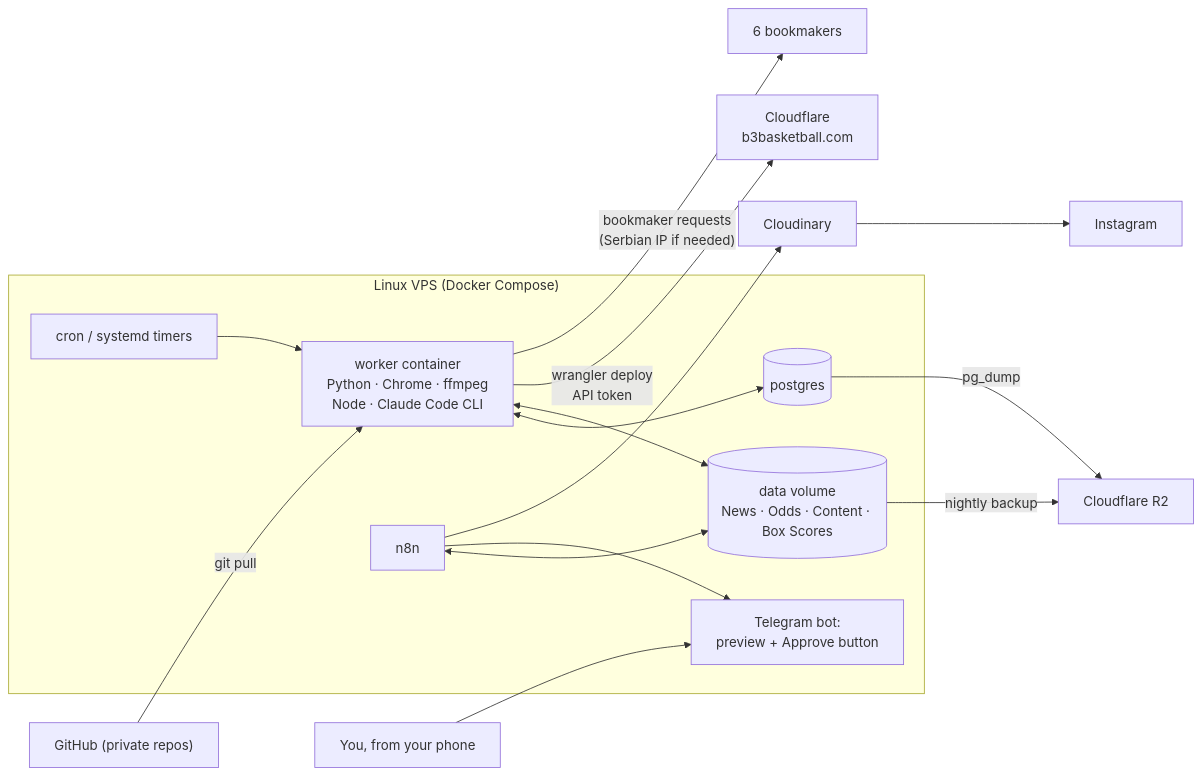
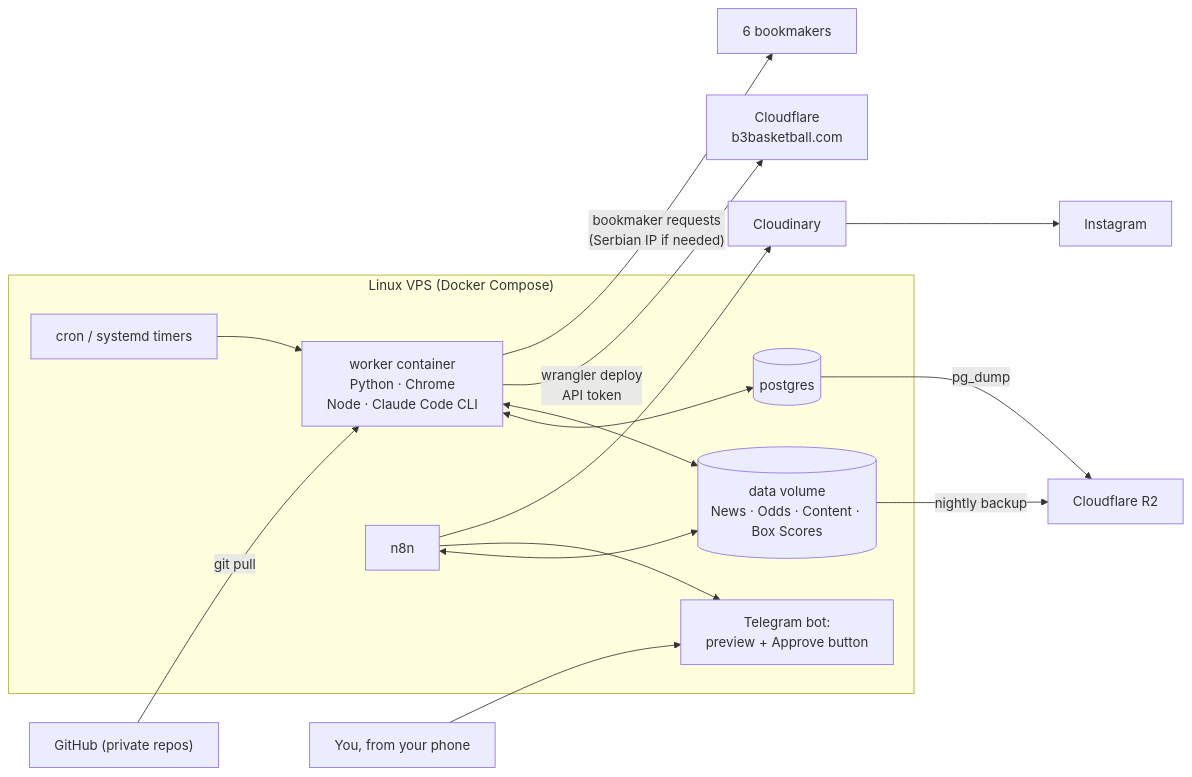
The sixth of 6 diagrams in docs/ARCHITECTURE.md (branislavzoric/nbafantasy), drawn with Mermaid before and after one commit. The commit also changed other lines of this file and 82 other files, not shown here.

````diff
--- a/docs/ARCHITECTURE.md
+++ b/docs/ARCHITECTURE.md
@@ -350,17 +315,17 @@
 ```mermaid
 flowchart LR
   subgraph VPS["Linux VPS (Docker Compose)"]
-    CRON["cron / systemd timers"] --> WK["worker container<br/>Python · Chrome · ffmpeg<br/>Node · Claude Code CLI"]
+    CRON["cron / systemd timers"] --> WK["worker container<br/>Python · Chrome<br/>Node · Claude Code CLI"]
     WK <--> PG[("postgres")]
     WK <--> VOL[("data volume<br/>News · Odds · Content · Box Scores")]
     N8N["n8n"] <--> VOL
     N8N --> TG["Telegram bot:<br/>preview + Approve button"]
   end
   GH["GitHub (private repos)"] -->|git pull| WK
   WK -->|wrangler deploy<br/>API token| CF["Cloudflare<br/>b3basketball.com"]
   N8N --> CLD["Cloudinary"] --> IG["Instagram"]
   VOL -->|nightly backup| R2["Cloudflare R2"]
   PG -->|pg_dump| R2
   WK -->|"bookmaker requests<br/>(Serbian IP if needed)"| BK["6 bookmakers"]
   YOU["You, from your phone"] --> TG
 ```
````
